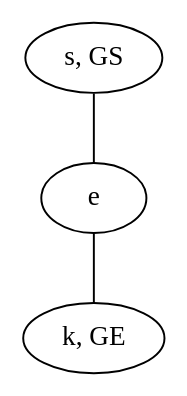
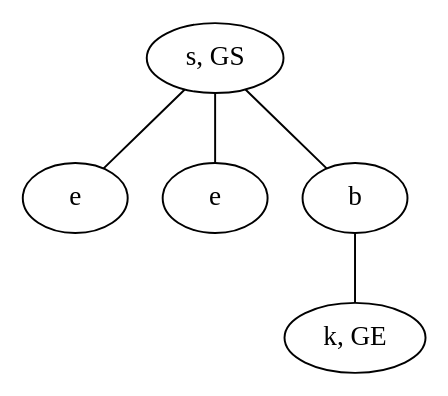
Before and after one commit to schrum2/MM-NEAT: the diagram in data/VGLC/Zelda/rules/1/1_S-K.dot, drawn with Graphviz. The commit also changed 42 other files, not shown here.

Commit message:
Add bombable walls to Zelda Graph Grammar

```diff
--- a/data/VGLC/Zelda/rules/1/1_S-K.dot
+++ b/data/VGLC/Zelda/rules/1/1_S-K.dot
@@ -1,7 +1,11 @@
 graph {
-tphZ [label="s, GS"]
-Kvyt [label="k, GE"]
-CVUx [label="e"]
-tphZ -- CVUx
-CVUx -- Kvyt
+fFsc [label="s, GS"]
+uVVD [label="k, GE"]
+TbCy [label="e"]
+blmY [label="e"]
+UQor [label="b"]
+fFsc -- TbCy
+fFsc -- blmY
+fFsc -- UQor
+UQor -- uVVD
 }
```
